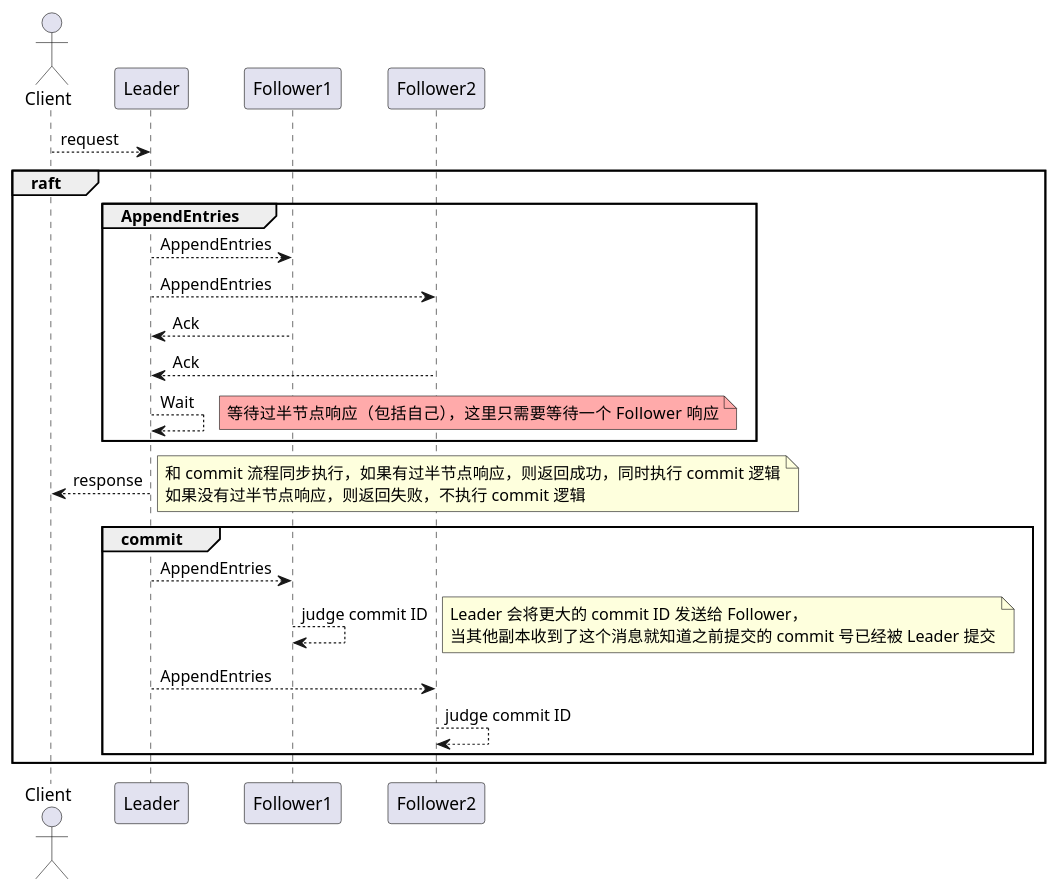
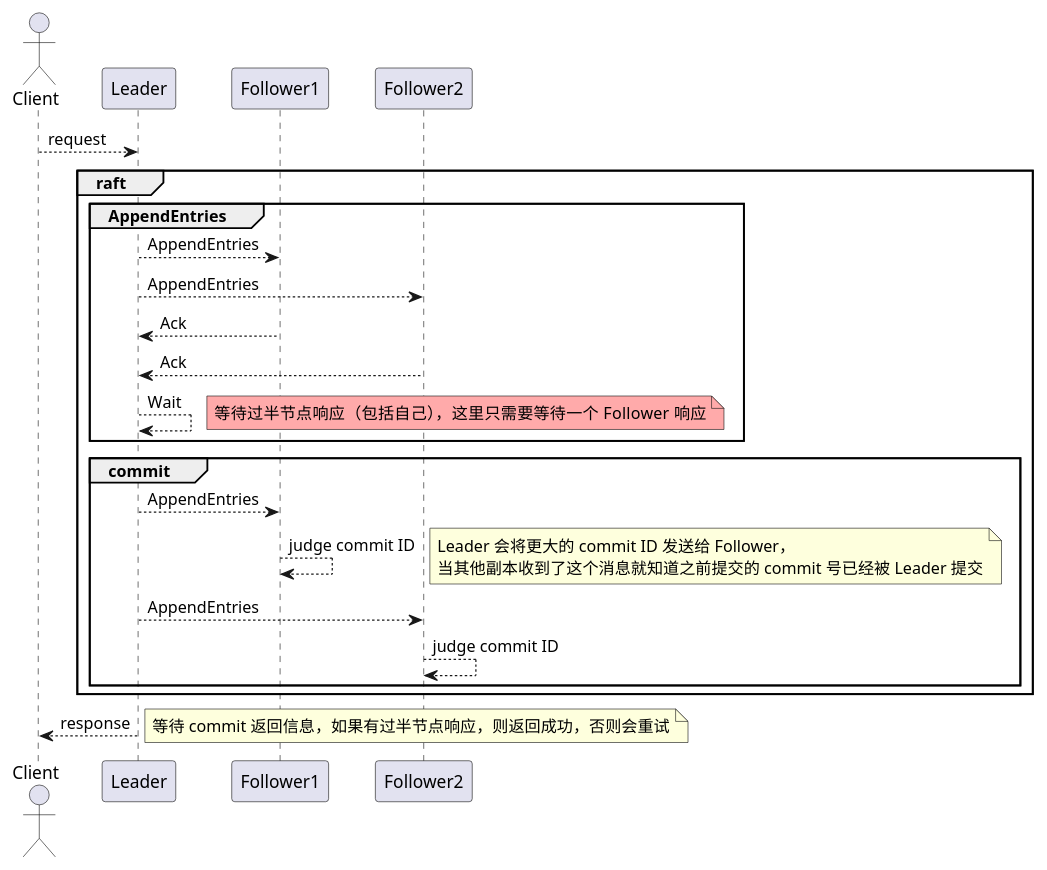
The second of 4 diagrams in source/_posts/architecture/distributed-systems.md (champly/champly.github.io), drawn with PlantUML before and after one commit. The commit also changed other lines of this file, not shown here.

Commit message:
fix raft AppendEntries logic

````diff
--- a/source/_posts/architecture/distributed-systems.md
+++ b/source/_posts/architecture/distributed-systems.md
@@ -148,42 +148,41 @@
 ``` plantuml
 @startuml raft-log
 
 actor Client
 participant Leader
 participant Follower1
 participant Follower2
 
 Client --> Leader : request
 group raft
     group AppendEntries
         Leader --> Follower1 : AppendEntries
         Leader --> Follower2 : AppendEntries
         Follower1 --> Leader : Ack
         Follower2 --> Leader : Ack
 
         Leader --> Leader : Wait
         note right #FFAAAA
             等待过半节点响应（包括自己），这里只需要等待一个 Follower 响应
         end note
     end
 
-    Leader --> Client : response
-    note right
-    和 commit 流程同步执行，如果有过半节点响应，则返回成功，同时执行 commit 逻辑
-    如果没有过半节点响应，则返回失败，不执行 commit 逻辑
-    end note
-
     group commit
         Leader --> Follower1 : AppendEntries
         Follower1 --> Follower1 : judge commit ID
         note right
             Leader 会将更大的 commit ID 发送给 Follower，
             当其他副本收到了这个消息就知道之前提交的 commit 号已经被 Leader 提交
         end note
         Leader --> Follower2 : AppendEntries
         Follower2 --> Follower2 : judge commit ID
     end
 end
 
+Leader --> Client : response
+note right
+等待 commit 返回信息，如果有过半节点响应，则返回成功，否则会重试
+end note
+
 @enduml
 ```
````
